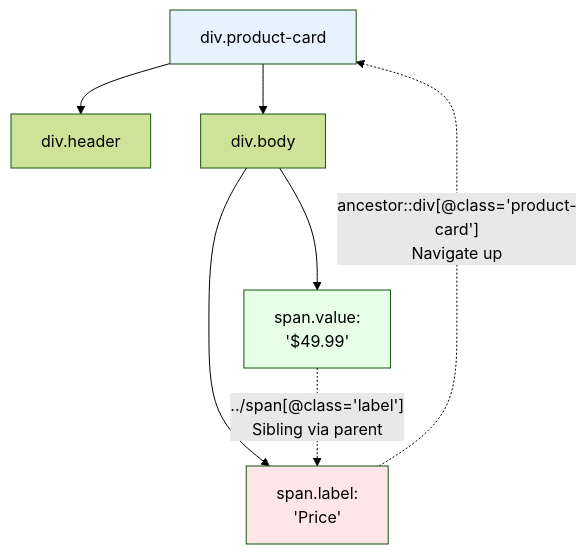
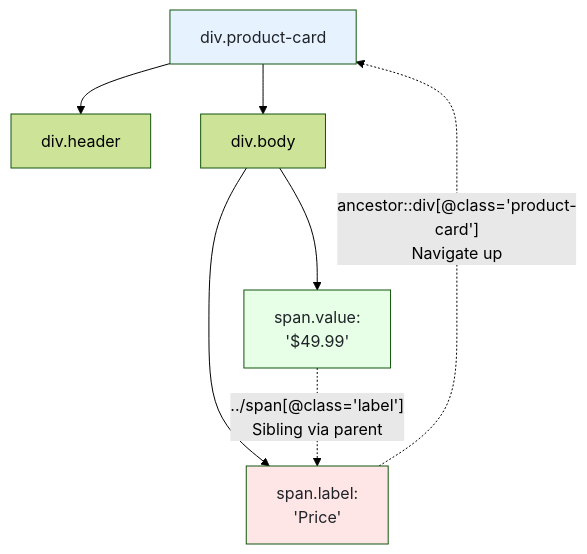
One commit to bytetunnels/bytetunnels.github.com changed the second of 4 diagrams in _posts/2026-02-26-xpath-vs-css-selectors-performance-readability-compared.md. Above: the diagram before and after it, drawn with Mermaid (forest theme). The commit also changed other lines of this file and 118 other files, not shown here.

Commit message:
feat: improve diagram styling and compact wide flowcharts

````diff
--- a/_posts/2026-02-26-xpath-vs-css-selectors-performance-readability-compared.md
+++ b/_posts/2026-02-26-xpath-vs-css-selectors-performance-readability-compared.md
@@ -94,14 +94,14 @@
 ```mermaid
 graph TD
     A["div.product-card"] --> B["div.header"]
     A --> C["div.body"]
     C --> D["span.label:<br>'Price'"]
     C --> E["span.value:<br>'$49.99'"]
 
     E -.->|"../span[@class='label']<br>Sibling via parent"| D
     D -.->|"ancestor::div[@class='product-card']<br>Navigate up"| A
 
-    style D fill:#ffe6e6
-    style E fill:#e6ffe6
-    style A fill:#e6f3ff
+    style D fill:#ffe6e6,color:#1f2328
+    style E fill:#e6ffe6,color:#1f2328
+    style A fill:#e6f3ff,color:#1f2328
 ```
````
